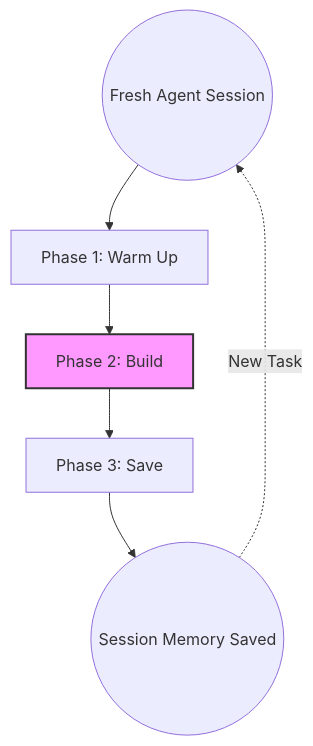
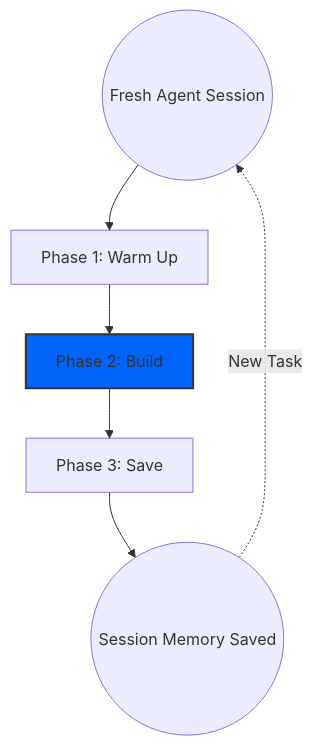
Before and after one commit to konteks/cli: the diagram in docs/getting-started/lifecycle.md, drawn with Mermaid.

Commit message:
Updates color for lifecycle graph node
Changes the fill color of the 'P2' node in the lifecycle graph to a more distinct blue.

````diff
--- a/docs/getting-started/lifecycle.md
+++ b/docs/getting-started/lifecycle.md
@@ -5,11 +5,11 @@
 ```mermaid
 graph TD
     Start((Fresh Agent Session)) --> P1[Phase 1: Warm Up]
     P1 --> P2[Phase 2: Build]
     P2 --> P3[Phase 3: Save]
     P3 --> End((Session Memory Saved))
     
     End -.->|New Task| Start
 
-    style P2 fill:#f9f,stroke:#333,stroke-width:2px
+    style P2 fill:#0165fc,stroke:#333,stroke-width:2px
 ```
````
